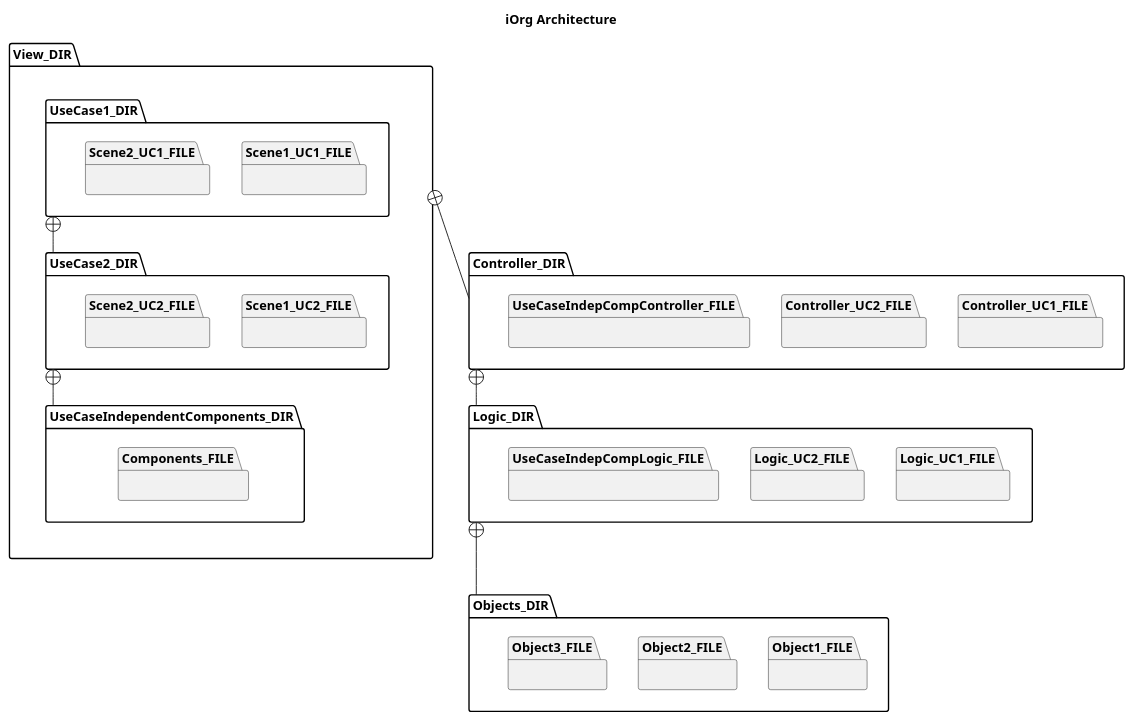
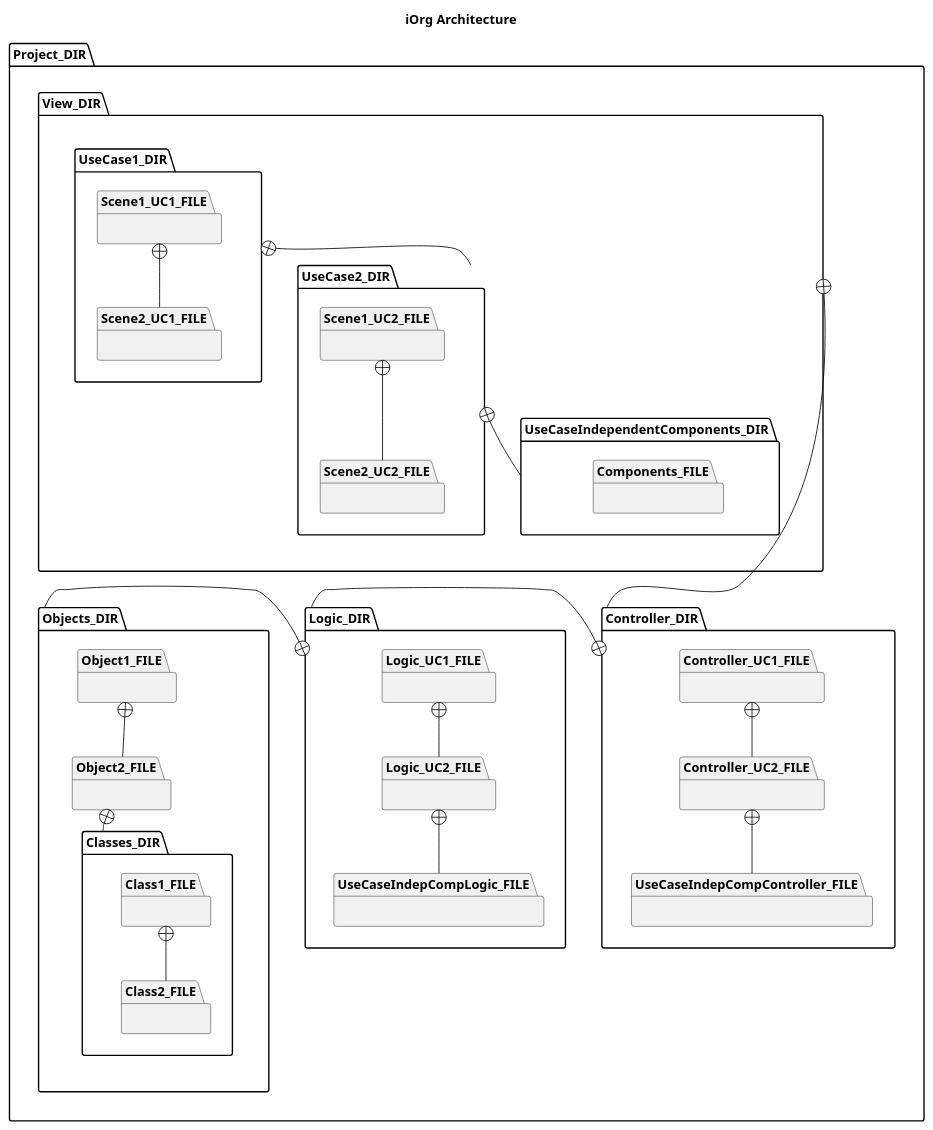
Before and after one commit to bzg/bugpile: diagram 43 of 46 in doc/worg/org-contrib/gsoc2012/student-projects/bugpile/i.org, drawn with PlantUML. The commit also changed other lines of this file and 1 other file, not shown here.

Commit message:
i.org tutorial on worg: rewriting iOrg object system and related transformation rules finished.

```diff
--- a/doc/worg/org-contrib/gsoc2012/student-projects/bugpile/i.org
+++ b/doc/worg/org-contrib/gsoc2012/student-projects/bugpile/i.org
@@ -1676,44 +1695,56 @@
 #+begin_src plantuml :file ../../../../images/gsoc/2012/bugpile/refined-arch-iorg.png 
     title iOrg Architecture
-  
+ 
+   package Project_DIR {
     package View_DIR {
       package UseCase1_DIR {
           package Scene1_UC1_FILE {}
           package Scene2_UC1_FILE {}
     }
       package UseCase2_DIR {
           package Scene1_UC2_FILE {} 
           package Scene2_UC2_FILE {}
       }
   
       package UseCaseIndependentComponents_DIR {
           package Components_FILE {} 
     }
   }
   
     package Controller_DIR {
           package Controller_UC1_FILE {}
           package Controller_UC2_FILE {}
           package UseCaseIndepCompController_FILE {}
     }
   
     package Logic_DIR {
           package Logic_UC1_FILE {}
           package Logic_UC2_FILE {}
           package UseCaseIndepCompLogic_FILE {}
     }
   
     package Objects_DIR {
           package Object1_FILE {}
           package Object2_FILE {}
-          package Object3_FILE {}
+          package Classes_DIR {
+              package Class1_FILE {}
+              package Class2_FILE {}
+          }
     }
-  
+}  
 
-  UseCase1_DIR +-- UseCase2_DIR
-  UseCase2_DIR +-- UseCaseIndependentComponents_DIR
-  View_DIR +-down- Controller_DIR
-  Controller_DIR +-down- Logic_DIR
-  Logic_DIR  +-down- Objects_DIR
-
+  UseCase1_DIR +-down- UseCase2_DIR
+  UseCase2_DIR +-down- UseCaseIndependentComponents_DIR
+  View_DIR +-down--- Controller_DIR
+  Controller_DIR +-left----------- Logic_DIR
+  Logic_DIR  +-left------ Objects_DIR
+  Logic_UC1_FILE +-down- Logic_UC2_FILE
+  Logic_UC2_FILE +-down- UseCaseIndepCompLogic_FILE
+  Scene1_UC1_FILE +-down- Scene2_UC1_FILE
+  Scene1_UC2_FILE +-down- Scene2_UC2_FILE
+  Controller_UC1_FILE +-down- Controller_UC2_FILE
+  Controller_UC2_FILE +-down- UseCaseIndepCompController_FILE
+  Object1_FILE +-down- Object2_FILE
+  Object2_FILE +-down- Classes_DIR
+  Class1_FILE +-down- Class2_FILE
 #+end_src
```
